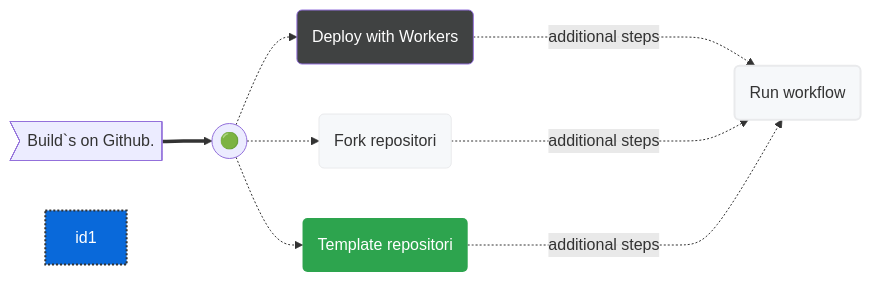
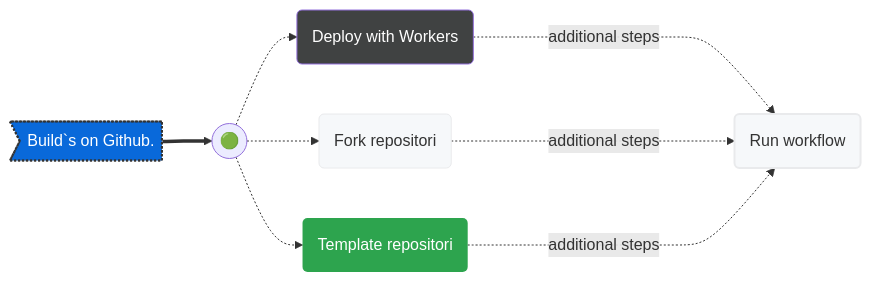
One commit to milankomaj/dev-badge changed the diagram in README.md. Above: the diagram before and after it, drawn with Mermaid.

````diff
--- a/README.md
+++ b/README.md
@@ -12,22 +12,22 @@
 ```mermaid
 flowchart LR
 
 A>Build`s on Github.] ==>B
 B(("🟢")) .->C("Deploy with Workers")
 B(("🟢")) .->D("Fork repositori")
 B(("🟢")) .->E("Template repositori")
 C & D & E -...->|additional steps| F("Run workflow") 
 
 style F fill:#f6f8fa,stroke:#333,stroke-width:2px
 style C fill:#404242,color:#fefefe
 style D fill:#f6f8fa,stroke:#e9eaec
 style E fill:#2da44e,stroke-width:0px,color:#ffffff
 style F fill:#f6f8fa,stroke:#e9eaec
-style id1 fill:#0969da,stroke:#333,stroke-width:2px,color:#fff,stroke-dasharray: 2 2
+style A fill:#0969da,stroke:#333,stroke-width:2px,color:#fff,stroke-dasharray: 2 2
 
 click A "https://github.com/milankomaj/dev-badge"
 click D "https://github.com/milankomaj/dev-badge/fork"
 click E "https://github.com/milankomaj/dev-badge/generate"
 
 
 ```
````
